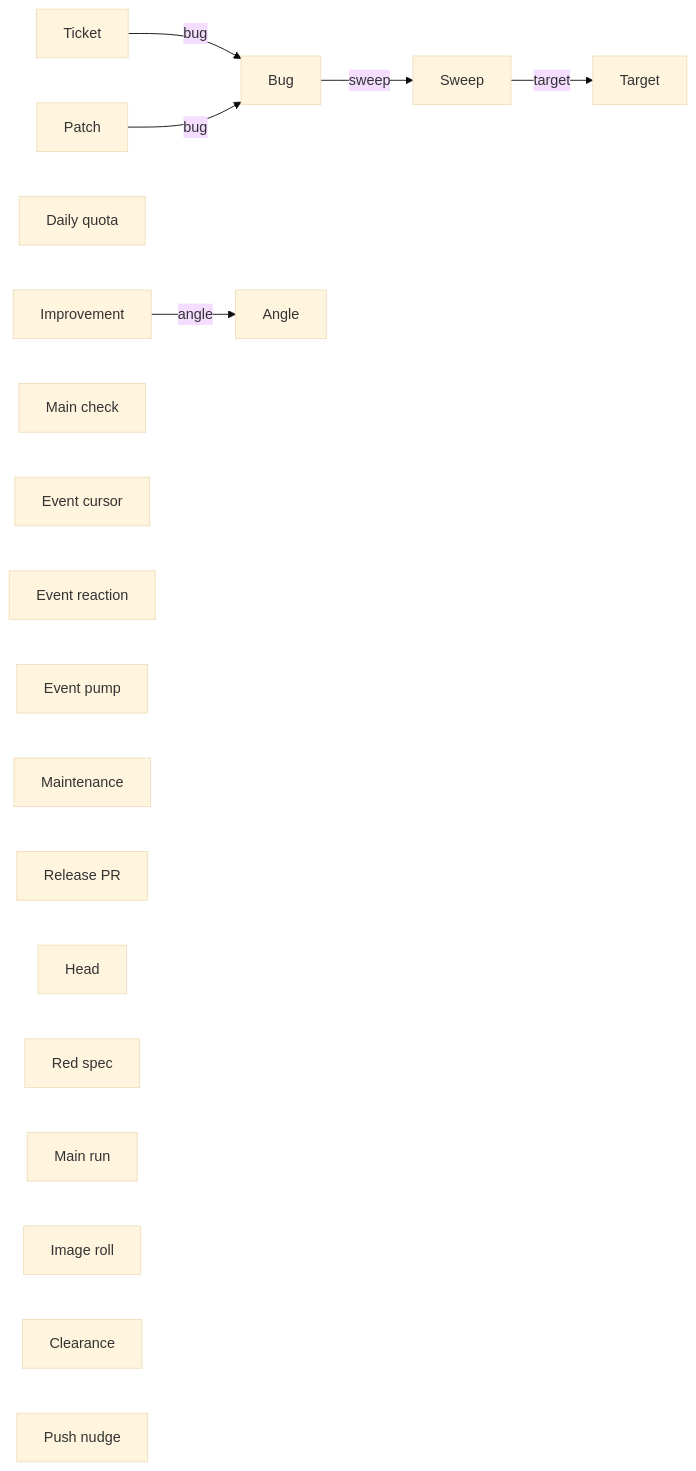
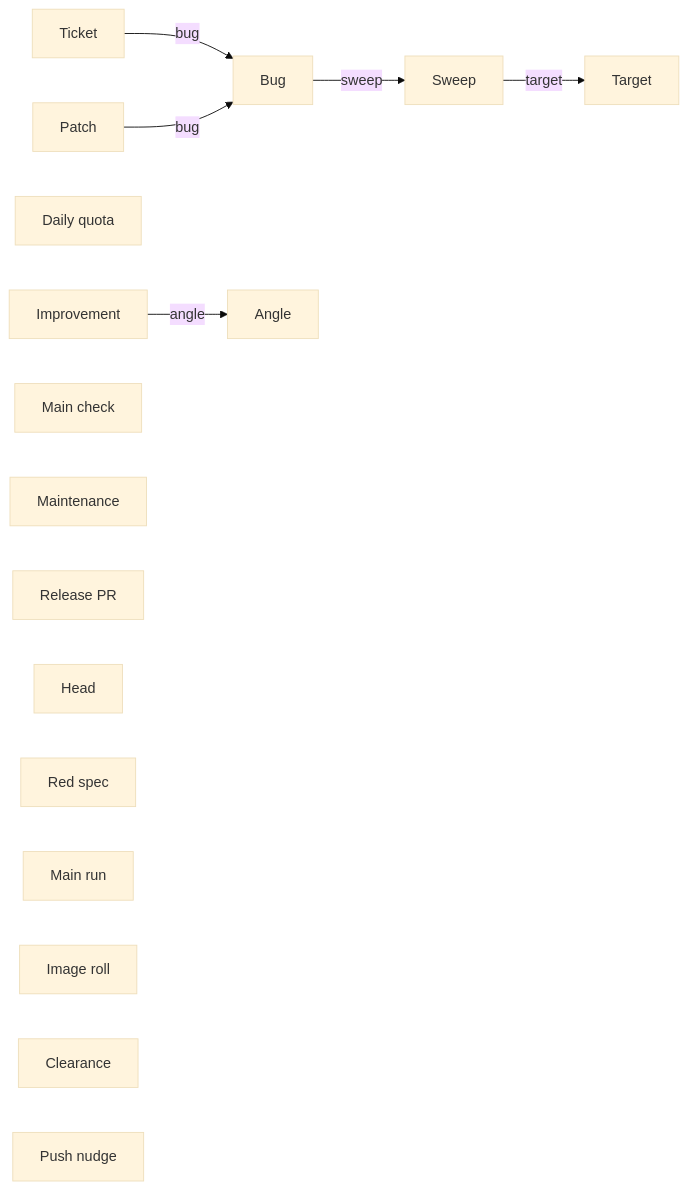
Before and after one commit to heckslabs/hecks: the first of 18 diagrams in qa/glossary/glossary.md, drawn with Mermaid (base theme). The commit also changed other lines of this file and 9 other files, not shown here.

First line of the commit message:
ADR 0178: the retired qa_event_pump row goes, the qa glossary is regenerated, and project_glossary describes a domain instead of booting it

````diff
--- a/qa/glossary/glossary.md
+++ b/qa/glossary/glossary.md
@@ -7,28 +7,25 @@
 ```mermaid
 flowchart LR
     n_target["Target"]
     n_sweep["Sweep"]
     n_bug["Bug"]
     n_angle["Angle"]
     n_ticket["Ticket"]
     n_patch["Patch"]
     n_daily_quota["Daily quota"]
     n_improvement["Improvement"]
     n_main_check["Main check"]
-    n_event_cursor["Event cursor"]
-    n_event_reaction["Event reaction"]
-    n_event_pump["Event pump"]
     n_maintenance["Maintenance"]
     n_release_pr["Release PR"]
     n_head["Head"]
     n_red_spec["Red spec"]
     n_main_run["Main run"]
     n_image_roll["Image roll"]
     n_clearance["Clearance"]
     n_push_nudge["Push nudge"]
     n_sweep -->|"target"| n_target
     n_bug -->|"sweep"| n_sweep
     n_ticket -->|"bug"| n_bug
     n_patch -->|"bug"| n_bug
     n_improvement -->|"angle"| n_angle
 ```
````
